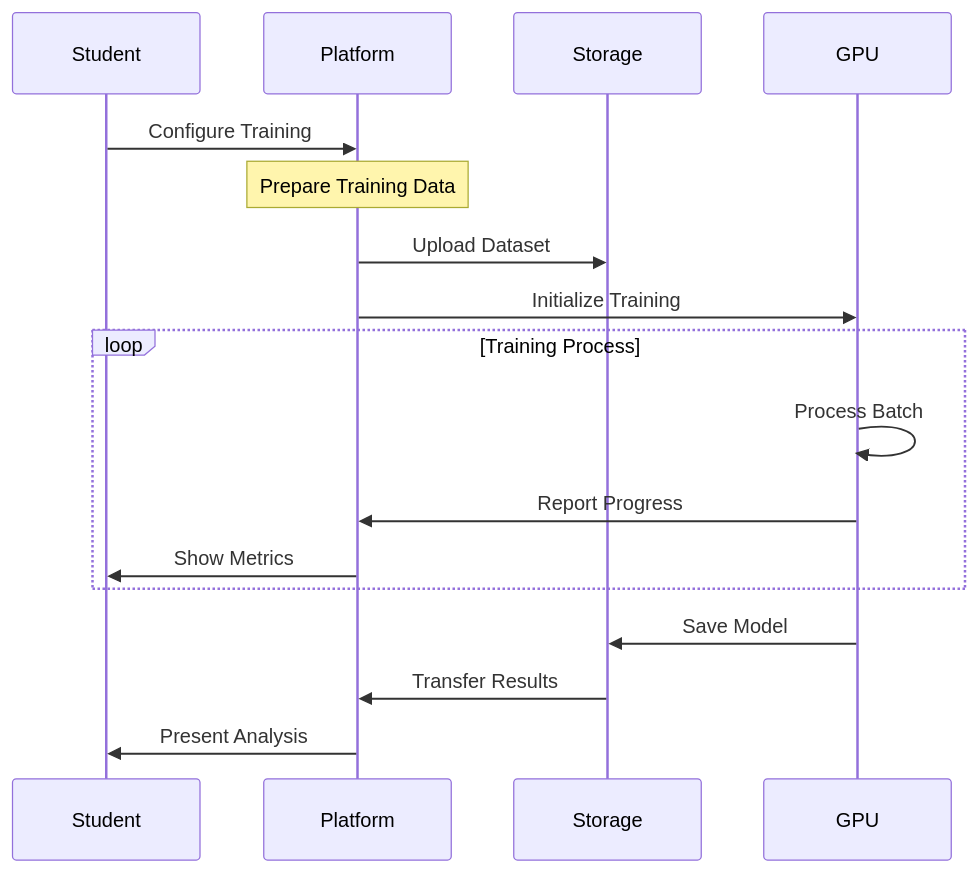
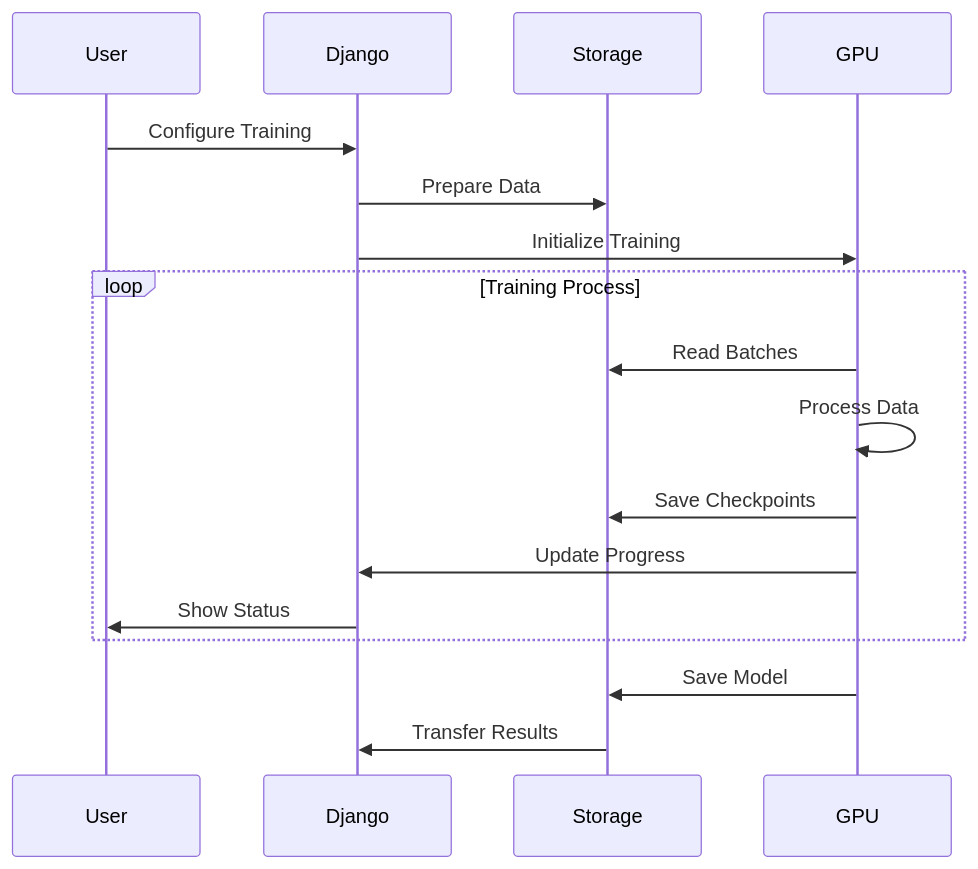
One commit to frontierbio-tech/frontierbio-tech.github.io changed the third of 4 diagrams in test2.md. Above: the diagram before and after it, drawn with Mermaid. The commit also changed other lines of this file, not shown here.

````diff
--- a/test2.md
+++ b/test2.md
@@ -114,23 +147,22 @@
 ```mermaid
 sequenceDiagram
-    participant Student
-    participant Platform
+    participant User
+    participant Django
     participant Storage
     participant GPU
 
-    Student->>Platform: Configure Training
-    Note over Platform: Prepare Training Data
-    
-    Platform->>Storage: Upload Dataset
-    Platform->>GPU: Initialize Training
+    User->>Django: Configure Training
+    Django->>Storage: Prepare Data
+    Django->>GPU: Initialize Training
     
     loop Training Process
-        GPU->>GPU: Process Batch
-        GPU->>Platform: Report Progress
-        Platform->>Student: Show Metrics
+        GPU->>Storage: Read Batches
+        GPU->>GPU: Process Data
+        GPU->>Storage: Save Checkpoints
+        GPU->>Django: Update Progress
+        Django->>User: Show Status
     end
     
     GPU->>Storage: Save Model
-    Storage->>Platform: Transfer Results
-    Platform->>Student: Present Analysis
+    Storage->>Django: Transfer Results
 ```
````
